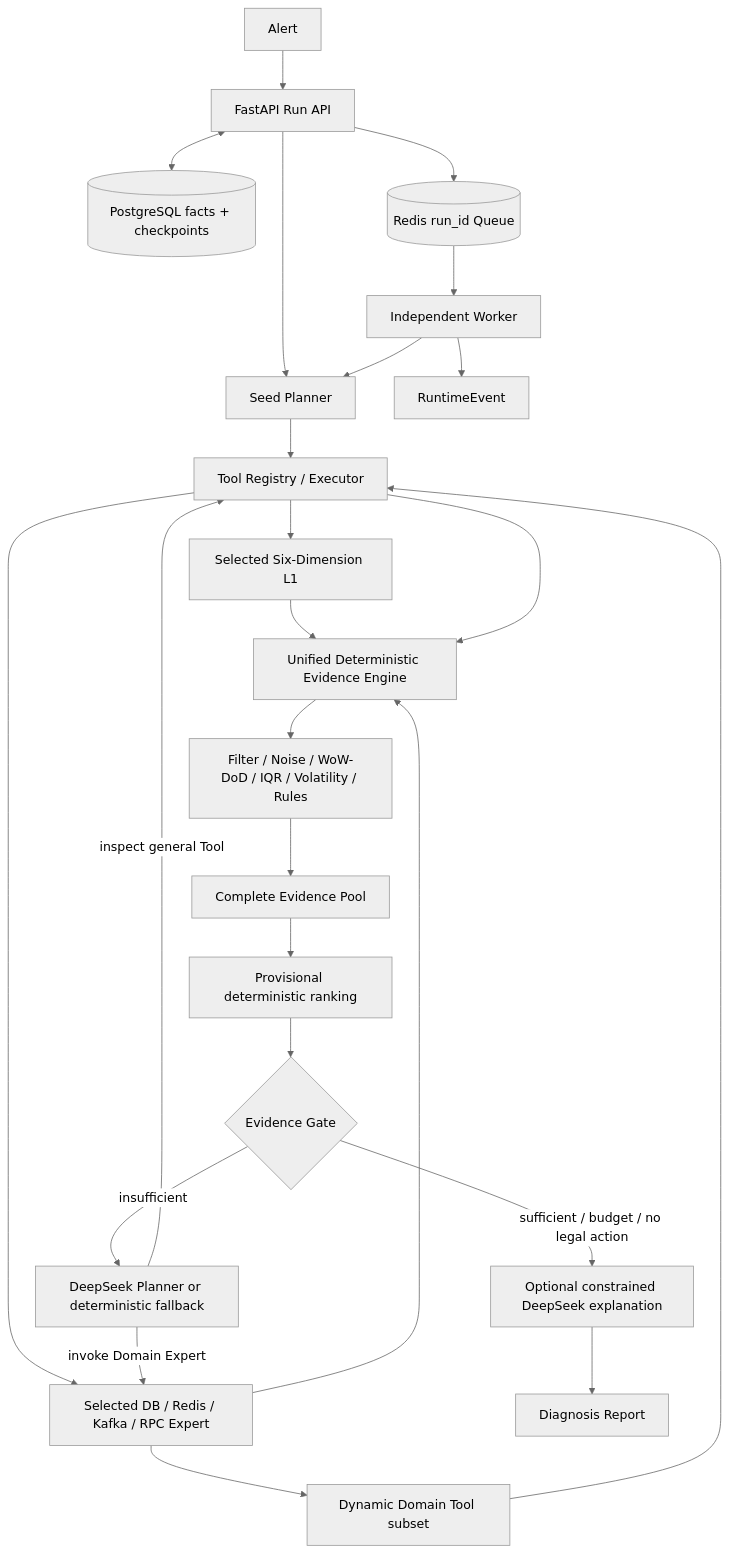
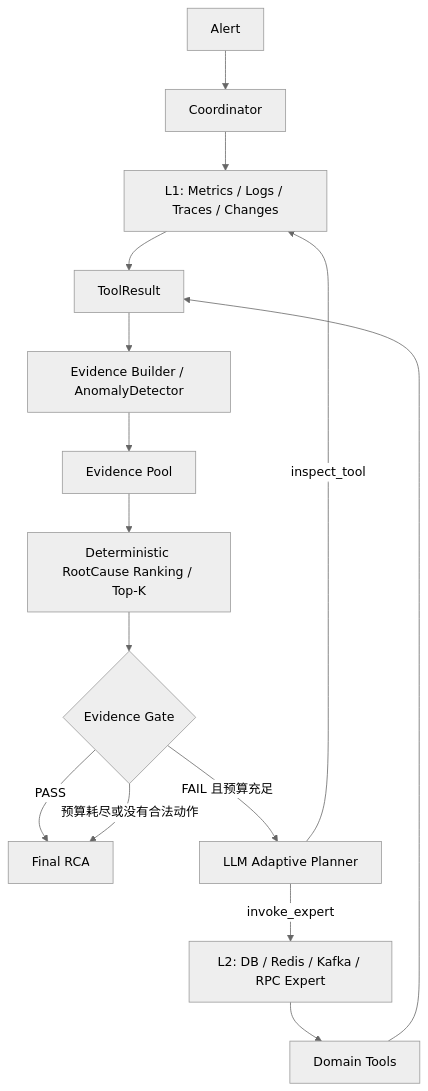
The first of 2 diagrams in README.md (1hao1hao/OpsPilot), drawn with Mermaid (neutral theme) before and after one commit. The commit also changed other lines of this file and 145 other files, not shown here.

Commit message:
refactor: unify RCA evidence flow and remove legacy execution paths

````diff
--- a/README.md
+++ b/README.md
@@ -58,26 +7,17 @@
 ```mermaid
-flowchart TB
-    A[Alert] --> API[FastAPI Run API]
-    API --> SP[Seed Planner]
-    SP --> TE[Tool Registry / Executor]
-    TE --> L1[Selected Six-Dimension L1]
-    TE --> L2[Selected DB / Redis / Kafka / RPC Expert]
-    L2 --> DT[Dynamic Domain Tool subset] --> TE
-    L1 --> UE[Unified Deterministic Evidence Engine]
-    L2 --> UE
-    TE --> UE
-    UE --> ALG[Filter / Noise / WoW-DoD / IQR / Volatility / Rules]
-    ALG --> EP[Complete Evidence Pool]
-    EP --> RC[Provisional deterministic ranking]
-    RC --> G{Evidence Gate}
-    G -->|insufficient| AP[DeepSeek Planner or deterministic fallback]
-    AP -->|inspect general Tool| TE
-    AP -->|invoke Domain Expert| L2
-    G -->|sufficient / budget / no legal action| LLM[Optional constrained DeepSeek explanation]
-    LLM --> R[Diagnosis Report]
-
-    API <--> PG[(PostgreSQL facts + checkpoints)]
-    API --> Q[(Redis run_id Queue)] --> W[Independent Worker]
-    W --> SP
-    W --> E[RuntimeEvent]
+flowchart TD
+    A[Alert] --> C[Coordinator]
+    C --> L1[L1: Metrics / Logs / Traces / Changes]
+    L1 --> T[ToolResult]
+    T --> E[Evidence Builder / AnomalyDetector]
+    E --> P[Evidence Pool]
+    P --> R[Deterministic RootCause Ranking / Top-K]
+    R --> G{Evidence Gate}
+    G -->|PASS| F[Final RCA]
+    G -->|FAIL 且预算充足| L[LLM Adaptive Planner]
+    L -->|inspect_tool| L1
+    L -->|invoke_expert| X[L2: DB / Redis / Kafka / RPC Expert]
+    X --> D[Domain Tools]
+    D --> T
+    G -->|预算耗尽或没有合法动作| F
 ```
````
